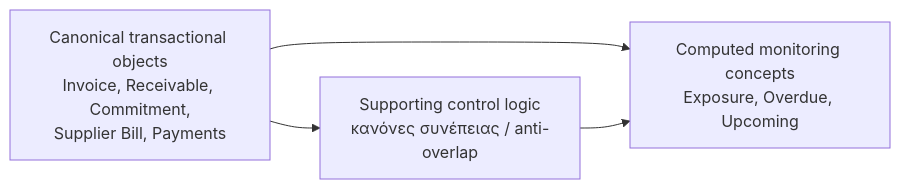
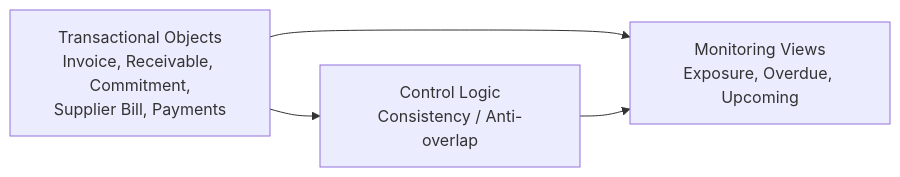
One commit to Leia-Enterprise-Solutions/Leia-Finance changed the third of 3 diagrams in docs/00A - Finance Domain Model & System Alignment v1.md. Above: the diagram before and after it, drawn with Mermaid. The commit also changed other lines of this file and 15 other files, not shown here.

````diff
--- a/docs/00A - Finance Domain Model & System Alignment v1.md
+++ b/docs/00A - Finance Domain Model & System Alignment v1.md
@@ -97,10 +149,10 @@
 ```mermaid
 flowchart LR
-    TR[Canonical transactional objects<br/>Invoice, Receivable, Commitment,<br/>Supplier Bill, Payments]
-    MON[Computed monitoring concepts<br/>Exposure, Overdue, Upcoming]
-    CTRL[Supporting control logic<br/>κανόνες συνέπειας / anti-overlap]
+    TR[Transactional Objects<br/>Invoice, Receivable, Commitment,<br/>Supplier Bill, Payments]
+    MON[Monitoring Views<br/>Exposure, Overdue, Upcoming]
+    CTRL[Control Logic<br/>Consistency / Anti-overlap]
 
     TR --> MON
     TR --> CTRL
     CTRL --> MON
 ```
````
